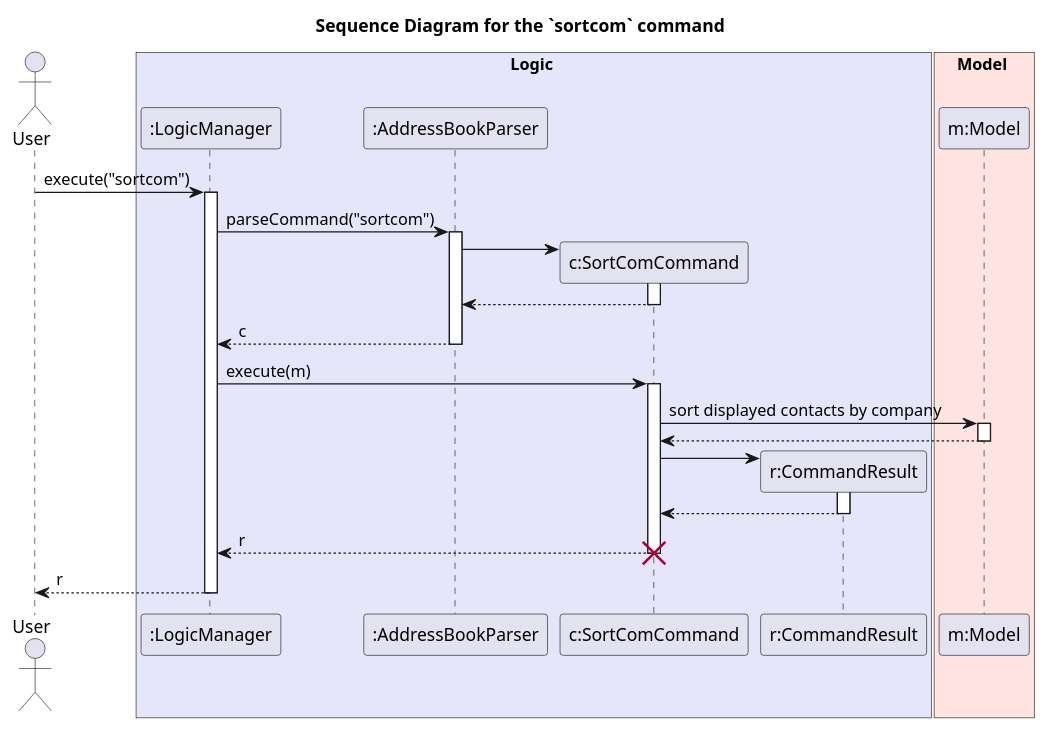
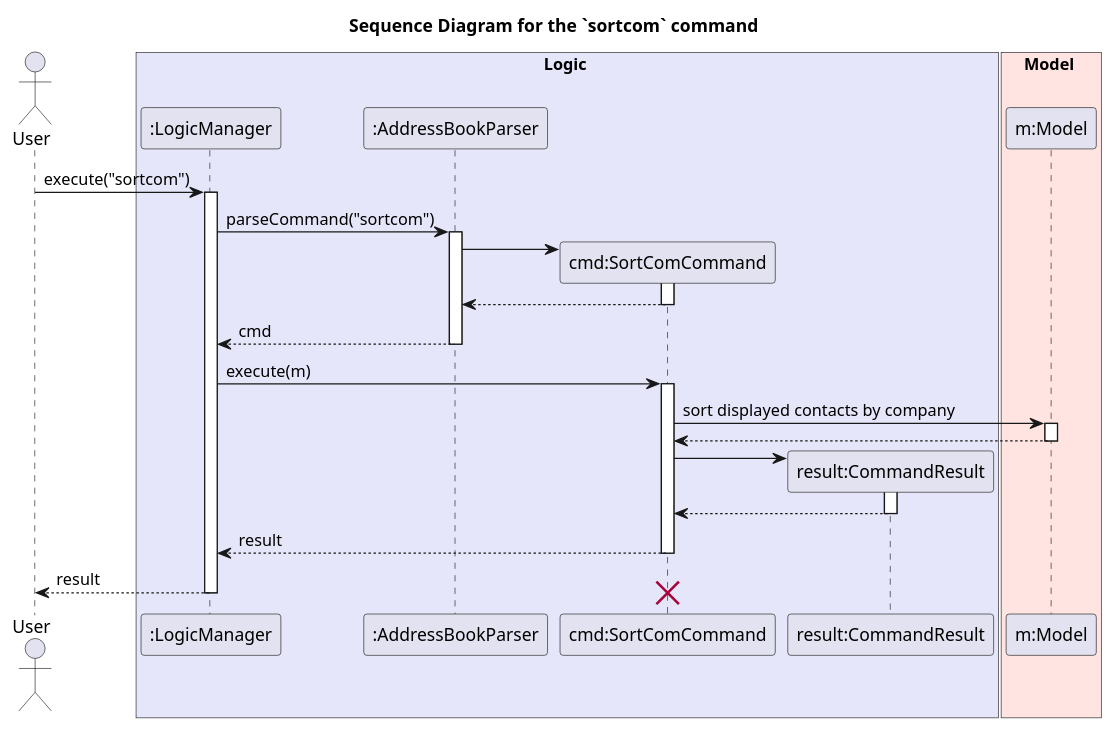
Before and after one commit to AY2526S2-CS2103-T11-1/tp: the diagram in docs/diagrams/company/SortComSequenceDiagram.puml, drawn with PlantUML. The commit also changed 2 other files, not shown here.

```diff
--- a/docs/diagrams/company/SortComSequenceDiagram.puml
+++ b/docs/diagrams/company/SortComSequenceDiagram.puml
@@ -1,55 +1,54 @@
 @startuml
 title Sequence Diagram for the `sortcom` command
 
 actor User
 
 box Logic #E6E6FA
 participant ":LogicManager" as Logic
 participant ":AddressBookParser" as ABParser
-participant "c:SortComCommand" as Command
-participant "r:CommandResult" as Result
+participant "cmd:SortComCommand" as Command
+participant "result:CommandResult" as Result
 end box
 
 box Model #FFE4E1
 participant "m:Model" as Model
 end box
 
 User -> Logic : execute("sortcom")
 activate Logic
 
 Logic -> ABParser : parseCommand("sortcom")
 activate ABParser
 
 create Command
 ABParser -> Command
 activate Command
 
 ABParser <-- Command
 deactivate Command
 
-Logic <-- ABParser : c
+Logic <-- ABParser : cmd
 deactivate ABParser
 
 Logic -> Command : execute(m)
 activate Command
 
 Command -> Model : sort displayed contacts by company
 activate Model
 Model --> Command
 deactivate Model
 
 create Result
 Command -> Result
 activate Result
 Result --> Command
 deactivate Result
 
-Logic <-- Command : r
+Logic <-- Command : result
 deactivate Command
 
+User <-- Logic : result
 destroy Command
-
-User <-- Logic : r
 deactivate Logic
 
 @enduml
```
